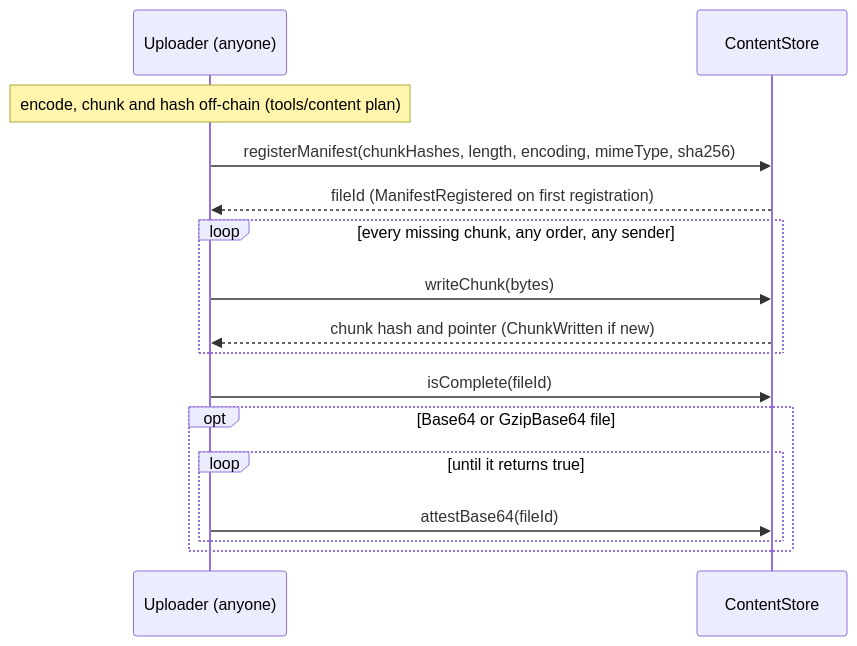
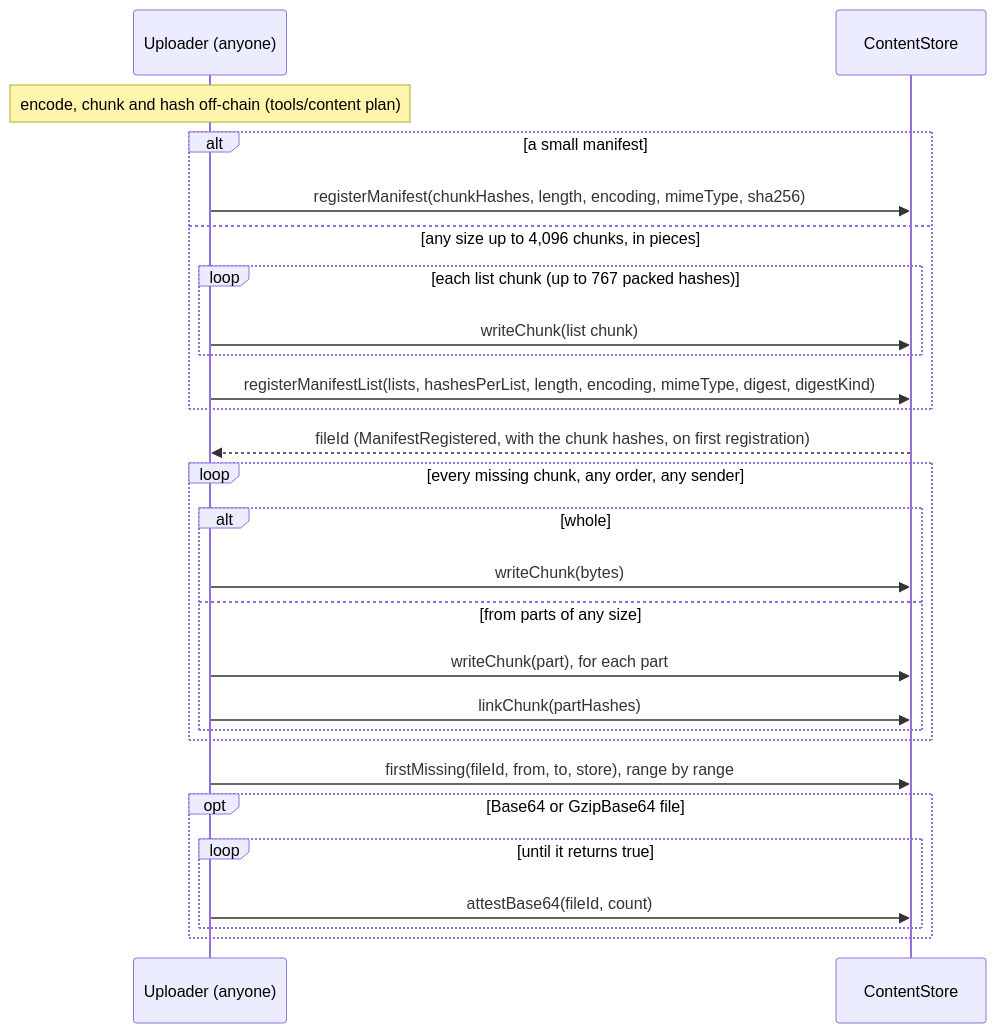
Before and after one commit to 6529-Collections/6529-works: the fourth of 10 diagrams in docs/spec/works-and-storage.md, drawn with Mermaid. The commit also changed other lines of this file and 369 other files, not shown here.

````diff
--- a/docs/spec/works-and-storage.md
+++ b/docs/spec/works-and-storage.md
@@ -208,18 +232,29 @@
 ```mermaid
 sequenceDiagram
     participant U as Uploader (anyone)
     participant CS as ContentStore
     Note over U: encode, chunk and hash off-chain (tools/content plan)
-    U->>CS: registerManifest(chunkHashes, length, encoding, mimeType, sha256)
-    CS-->>U: fileId (ManifestRegistered on first registration)
+    alt a small manifest
+        U->>CS: registerManifest(chunkHashes, length, encoding, mimeType, sha256)
+    else any size up to 4,096 chunks, in pieces
+        loop each list chunk (up to 767 packed hashes)
+            U->>CS: writeChunk(list chunk)
+        end
+        U->>CS: registerManifestList(lists, hashesPerList, length, encoding, mimeType, digest, digestKind)
+    end
+    CS-->>U: fileId (ManifestRegistered, with the chunk hashes, on first registration)
     loop every missing chunk, any order, any sender
-        U->>CS: writeChunk(bytes)
-        CS-->>U: chunk hash and pointer (ChunkWritten if new)
+        alt whole
+            U->>CS: writeChunk(bytes)
+        else from parts of any size
+            U->>CS: writeChunk(part), for each part
+            U->>CS: linkChunk(partHashes)
+        end
     end
-    U->>CS: isComplete(fileId)
+    U->>CS: firstMissing(fileId, from, to, store), range by range
     opt Base64 or GzipBase64 file
         loop until it returns true
-            U->>CS: attestBase64(fileId)
+            U->>CS: attestBase64(fileId, count)
         end
     end
 ```
````
